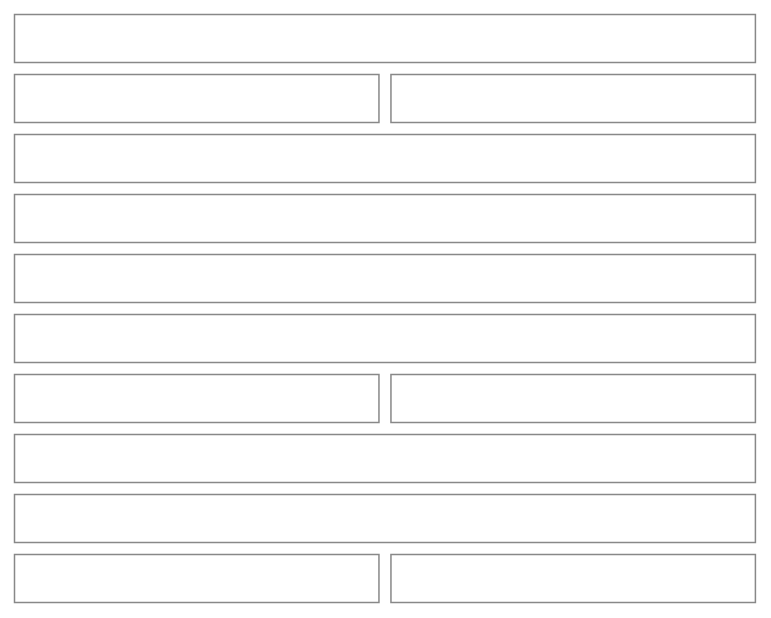
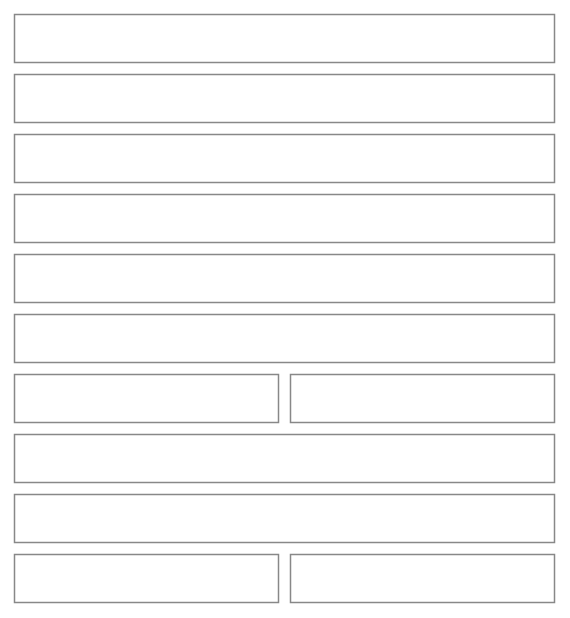
One commit to NovaMoonX/moondreams-dev-apps changed diagram 15 of 31 in src/apps/pinch/UX.md. Above: the diagram before and after it, drawn with Mermaid. The commit also changed other lines of this file and 2 other files, not shown here.

First line of the commit message:
Pinch redesign: docs for the recipe start flow, nutrition basis, view options and help modal

````diff
--- a/src/apps/pinch/UX.md
+++ b/src/apps/pinch/UX.md
@@ -439,31 +479,29 @@
 ```mermaid
 %%{init: {'theme': 'base', 'themeVariables': {'primaryColor': 'transparent', 'primaryBorderColor': '#888888', 'primaryTextColor': '#333333', 'lineColor': '#888888'}}}%%
 block-beta
   columns 2
   T1["Adobo chicken"]:2
-  T2["🍽️ 4 servings"]:1
-  T3["🔪 Prep 10 min · ⏲️ Cook 35 min"]:1
+  T2["🍽️ 4 servings · 🔪 Prep 10 min · ⏲️ Cook 35 min"]:2
   T4["Cost $12.80 ⚠ · $3.20 per serving"]:2
   T5["🔥 495 · 💪 61g · 🌾 3g · 🥑 25g (when on)"]:2
   T6["2 ingredients need a price · Add prices   ✕"]:2
   T7["INGREDIENTS 6"]:2
   T8["Chicken thighs"]:1
   T9["2 lb"]:1
   T10["STEPS"]:2
   T11["1. Marinate the chicken…"]:2
   T12["Modify"]:1
   T13["Add to calendar"]:1
   style T1 fill:transparent,stroke:#888888,stroke-width:1px;
   style T2 fill:transparent,stroke:#888888,stroke-width:1px;
-  style T3 fill:transparent,stroke:#888888,stroke-width:1px;
   style T4 fill:transparent,stroke:#888888,stroke-width:1px;
   style T5 fill:transparent,stroke:#888888,stroke-width:1px;
   style T6 fill:transparent,stroke:#888888,stroke-width:1px;
   style T7 fill:transparent,stroke:#888888,stroke-width:1px;
   style T8 fill:transparent,stroke:#888888,stroke-width:1px;
   style T9 fill:transparent,stroke:#888888,stroke-width:1px;
   style T10 fill:transparent,stroke:#888888,stroke-width:1px;
   style T11 fill:transparent,stroke:#888888,stroke-width:1px;
   style T12 fill:transparent,stroke:#888888,stroke-width:1px;
   style T13 fill:transparent,stroke:#888888,stroke-width:1px;
 ```
````
